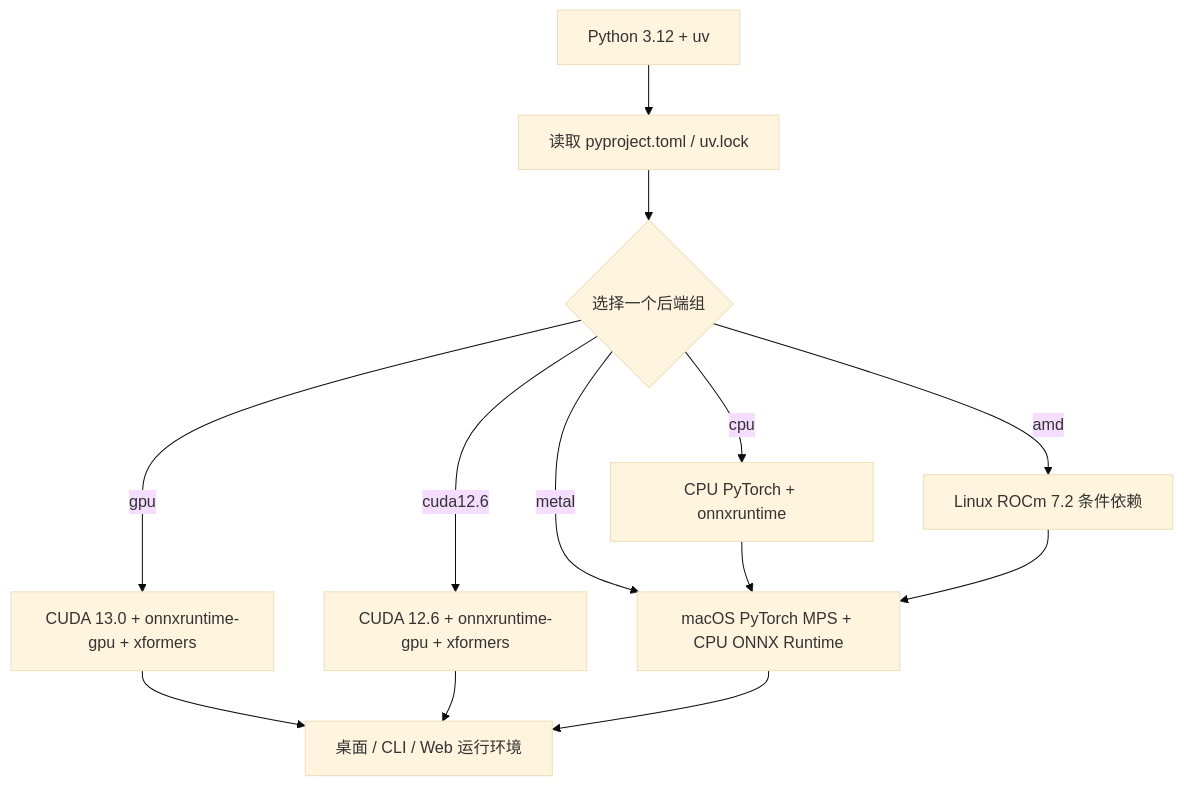
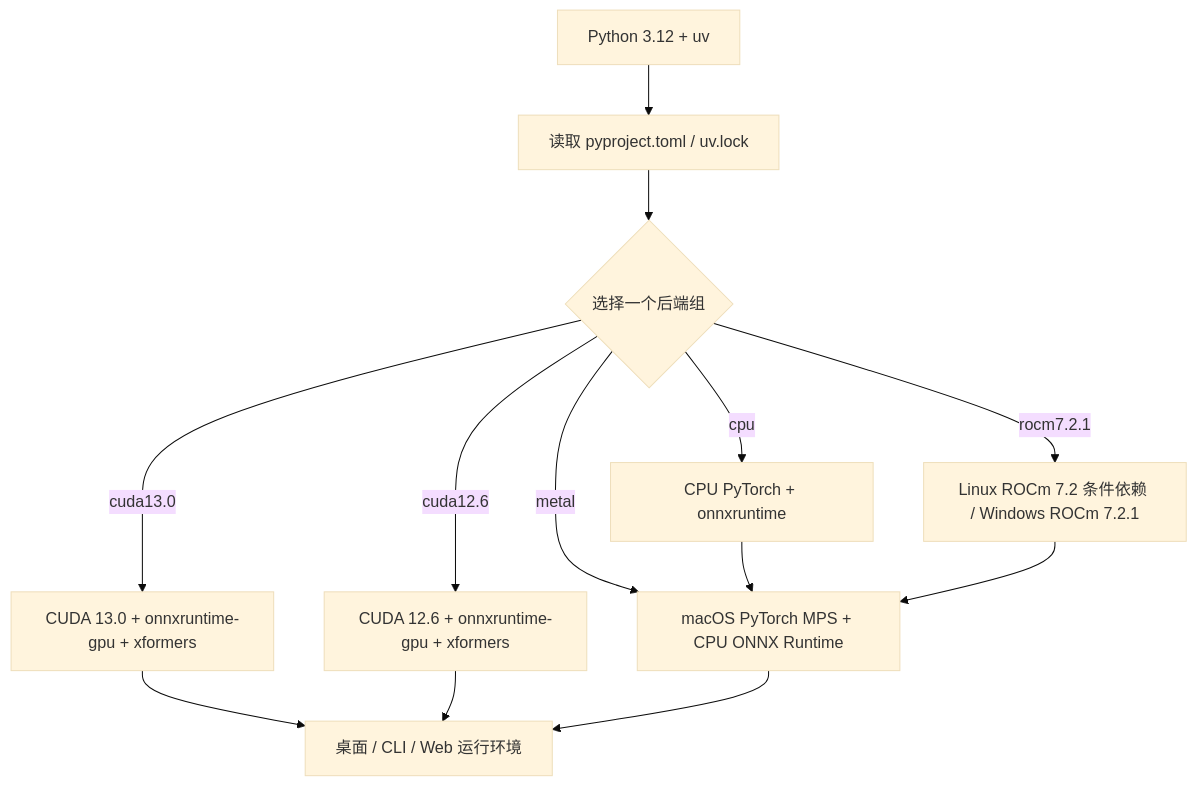
The diagram in doc/wiki/zh/install/requirements.md (hgmzhn/manga-translator-ui), drawn with Mermaid (base theme) before and after one commit. The commit also changed other lines of this file and 30 other files, not shown here.

````diff
--- a/doc/wiki/zh/install/requirements.md
+++ b/doc/wiki/zh/install/requirements.md
@@ -66,15 +67,15 @@
 ```mermaid
 flowchart TD
     A["Python 3.12 + uv"] --> B["读取 pyproject.toml / uv.lock"]
     B --> C{"选择一个后端组"}
-    C -->|gpu| D["CUDA 13.0 + onnxruntime-gpu + xformers"]
+    C -->|cuda13.0| D["CUDA 13.0 + onnxruntime-gpu + xformers"]
     C -->|cuda12.6| E["CUDA 12.6 + onnxruntime-gpu + xformers"]
     C -->|cpu| F["CPU PyTorch + onnxruntime"]
-    C -->|amd| G["Linux ROCm 7.2 条件依赖"]
+    C -->|rocm7.2.1| G["Linux ROCm 7.2 条件依赖 / Windows ROCm 7.2.1"]
     C -->|metal| H["macOS PyTorch MPS + CPU ONNX Runtime"]
     D --> I["公共运行依赖"]
     E --> I
     F --> H
     G --> H
     H --> I["桌面 / CLI / Web 运行环境"]
 ```
````
